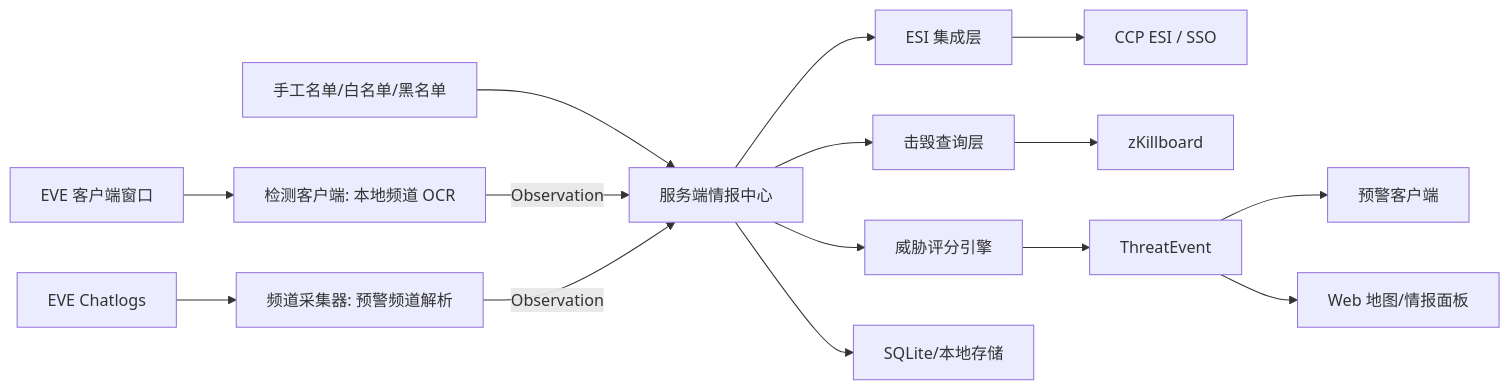
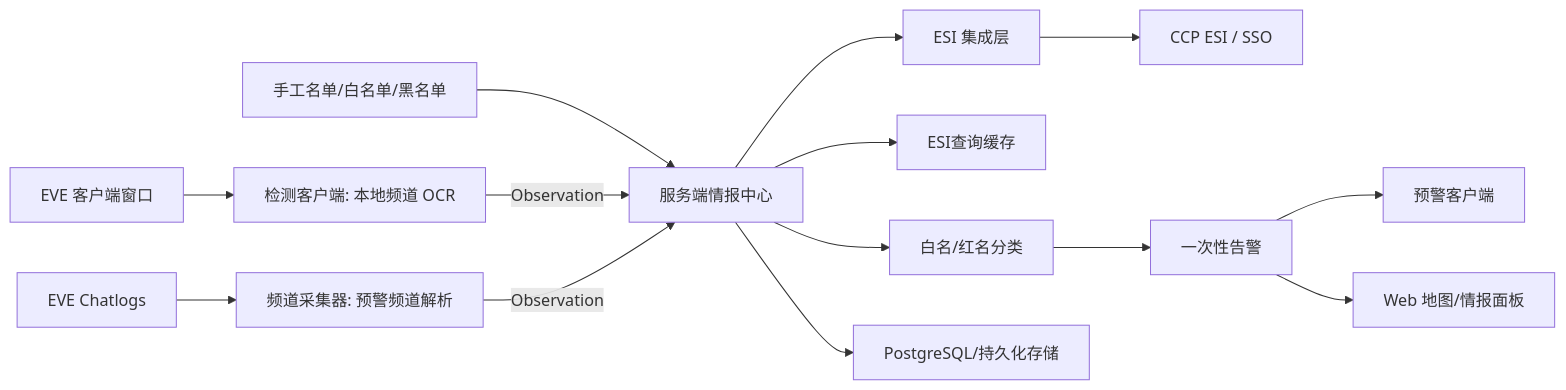
The diagram in docs/intel-platform-architecture.md (xiaqijun/eve-sentry), drawn with Mermaid before and after one commit. The commit also changed other lines of this file and 27 other files, not shown here.

````diff
--- a/docs/intel-platform-architecture.md
+++ b/docs/intel-platform-architecture.md
@@ -38,20 +49,19 @@
 ```mermaid
 flowchart LR
     EVE["EVE 客户端窗口"] --> OCR["检测客户端: 本地频道 OCR"]
     LOGS["EVE Chatlogs"] --> CHAT["频道采集器: 预警频道解析"]
     USER["手工名单/白名单/黑名单"] --> SERVER["服务端情报中心"]
 
     OCR -->|Observation| SERVER
     CHAT -->|Observation| SERVER
 
     SERVER --> ESI["ESI 集成层"]
-    SERVER --> KILL["击毁查询层"]
     ESI --> CCP["CCP ESI / SSO"]
-    KILL --> ZKILL["zKillboard"]
 
-    SERVER --> RULES["威胁评分引擎"]
-    RULES --> ALERTS["ThreatEvent"]
+    SERVER --> LOOKUP["ESI查询缓存"]
+    SERVER --> CLASSIFY["白名/红名分类"]
+    CLASSIFY --> ALERTS["一次性告警"]
     ALERTS --> ALERTER["预警客户端"]
     ALERTS --> WEB["Web 地图/情报面板"]
-    SERVER --> DB["SQLite/本地存储"]
+    SERVER --> DB["PostgreSQL/持久化存储"]
 ```
````
